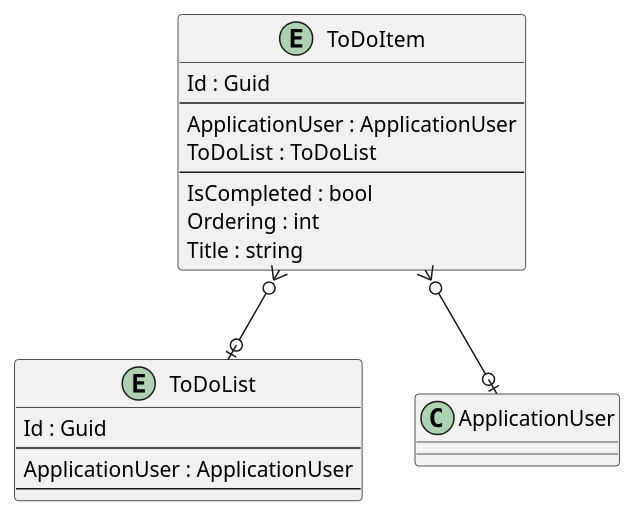
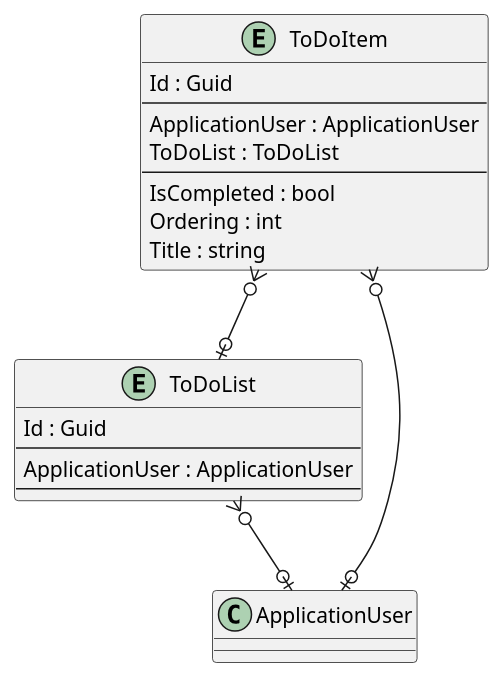
The diagram in .docs/Intrepion.ToDo.pu (intrepion/intrepion_to-do_web_blazor), drawn with PlantUML before and after one commit.

Commit message:
gawk -i inplace "{ gsub(/' RelationshipCodePlaceholder/, \"ToDoList }o--o| ApplicationUser\n' RelationshipCodePlaceholder\") }; { print }" .docs/Intrepion.ToDo.pu

```diff
--- a/.docs/Intrepion.ToDo.pu
+++ b/.docs/Intrepion.ToDo.pu
@@ -1,31 +1,32 @@
 @startuml
 
 entity ToDoItem {
     Id : Guid
     --
     ApplicationUser : ApplicationUser
     ToDoList : ToDoList
     ' ToDoItemKeyCodePlaceholder
     --
     IsCompleted : bool
     Ordering : int
     Title : string
     ' ToDoItemPropertyCodePlaceholder
 }
 
 entity ToDoList {
     Id : Guid
     --
     ApplicationUser : ApplicationUser
     ' ToDoListKeyCodePlaceholder
     --
     ' ToDoListPropertyCodePlaceholder
 }
 
 ' EntityCodePlaceholder
 
 ToDoItem }o--o| ApplicationUser
 ToDoItem }o--o| ToDoList
+ToDoList }o--o| ApplicationUser
 ' RelationshipCodePlaceholder
 
 @enduml
```
